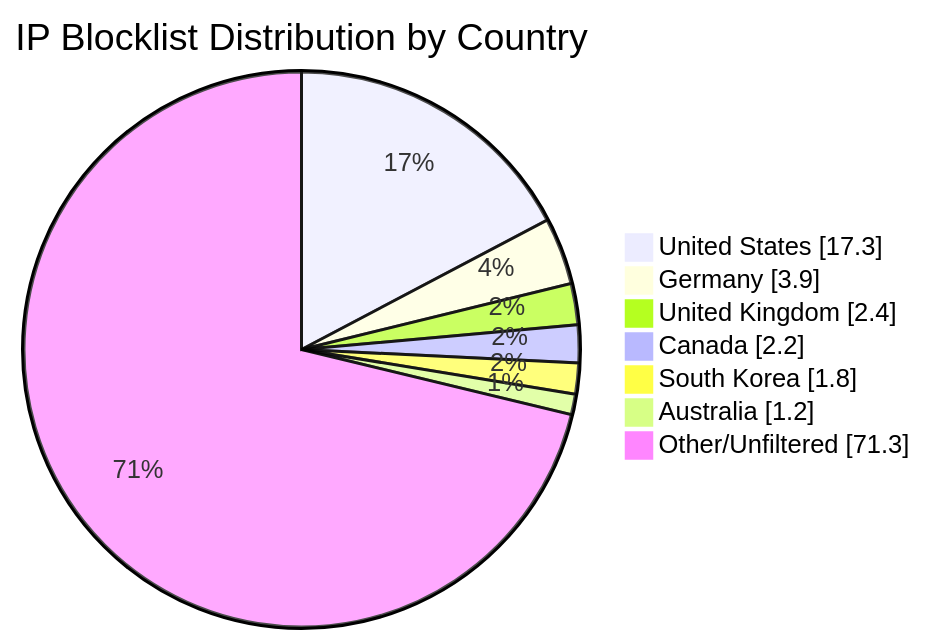
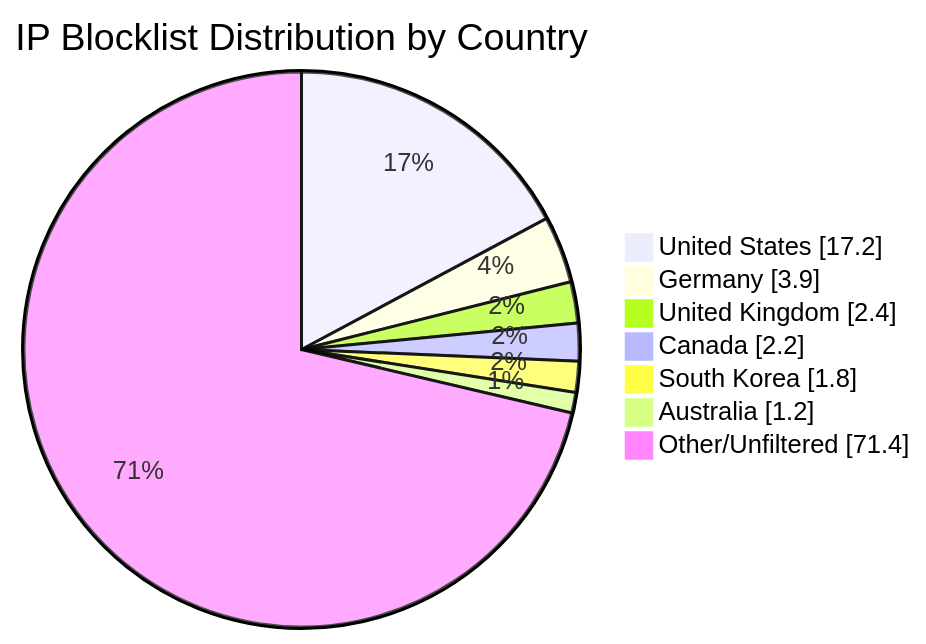
One commit to MarcusHoltz/ipblocklist-geofiltered-aggregator changed the diagram in README.md. Above: the diagram before and after it, drawn with Mermaid. The commit also changed other lines of this file and 9 other files, not shown here.

````diff
--- a/README.md
+++ b/README.md
@@ -34,10 +34,10 @@
 ```mermaid
 pie showData title IP Blocklist Distribution by Country
-"United States" : 17.3
+"United States" : 17.2
 "Germany" : 3.9
 "United Kingdom" : 2.4
 "Canada" : 2.2
 "South Korea" : 1.8
 "Australia" : 1.2
-"Other/Unfiltered" : 71.3
+"Other/Unfiltered" : 71.4
 ```
````
